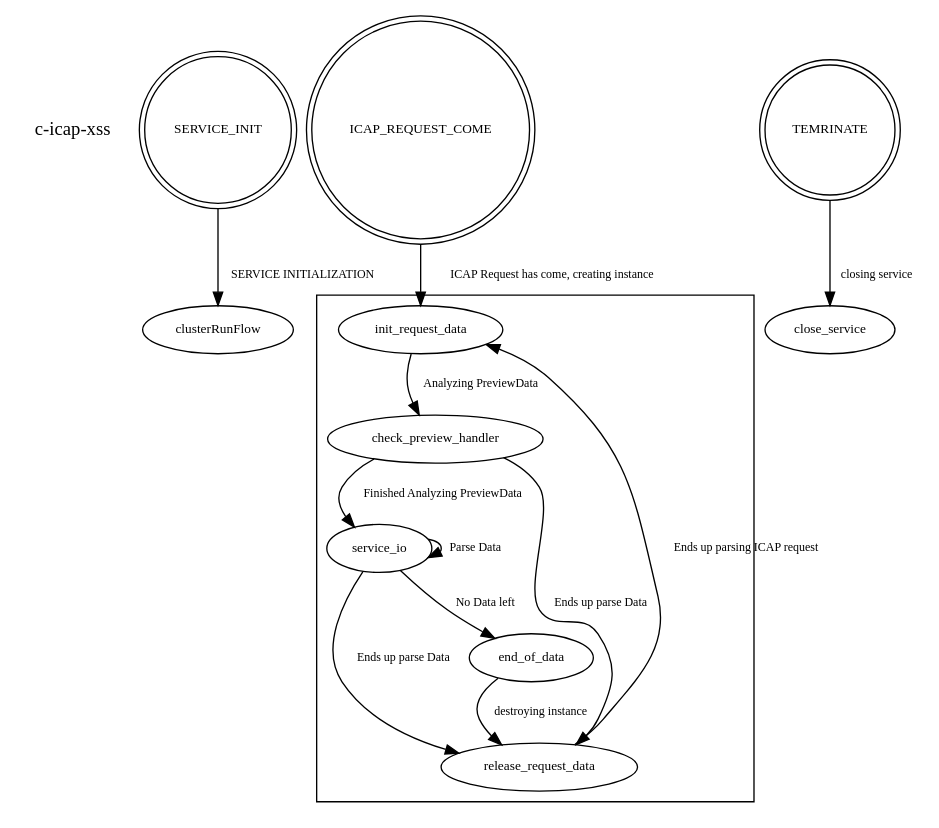
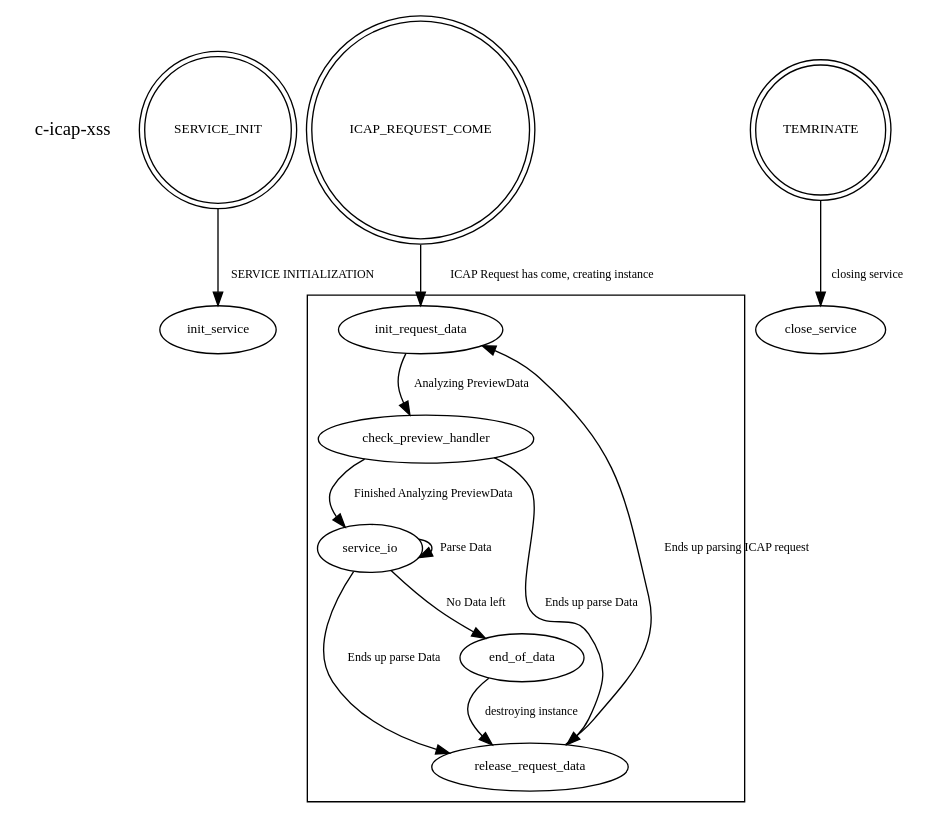
One commit to syakesaba/c-icap-xss changed the diagram in flow.dot. Above: the diagram before and after it, drawn with Graphviz. The commit also changed 1 other file, not shown here.

```diff
--- a/flow.dot
+++ b/flow.dot
@@ -1,36 +1,36 @@
 /*
 Graphviz - DOT language writing!
 dot -Tjpg flow.dot -o flow.jpg
 */
 
 digraph Diagram {
     PROFILE [label = "c-icap-xss", shape=none];
     nodesep=0.1;
     //デフォルトノード
     node [fontsize=10];
     //デフォルトエッジ
     edge [fontsize=9];
 
     SERVICE_INIT [shape=doublecircle, label="SERVICE_INIT"];
-    SERVICE_INIT -> clusterRunFlow [label="SERVICE INITIALIZATION"];
+    SERVICE_INIT -> init_service [label="SERVICE INITIALIZATION"];
 
     ICAP_REQUEST_COME [shape=doublecircle];
     ICAP_REQUEST_COME -> init_request_data [label="ICAP Request has come, creating instance"];
     subgraph clusterRunFlow {
         init_request_data -> check_preview_handler [label="Analyzing PreviewData"];
         check_preview_handler -> service_io [label="Finished Analyzing PreviewData"];
         check_preview_handler -> release_request_data [label="Ends up parse Data"];
         service_io -> service_io [label="Parse Data"];
         service_io -> release_request_data [label="Ends up parse Data"];
         service_io -> end_of_data [label="No Data left"];
         end_of_data -> release_request_data [label="destroying instance"];
         release_request_data -> init_request_data [label="Ends up parsing ICAP request"];
     }
 
     SIGTERM [shape=doublecircle, label="TEMRINATE"];
 
     subgraph HaltFlow {
         SIGTERM -> close_service [label="closing service"];
     }
     { rank=same; SERVICE_INIT ICAP_REQUEST_COME SIGTERM }
 }
```
